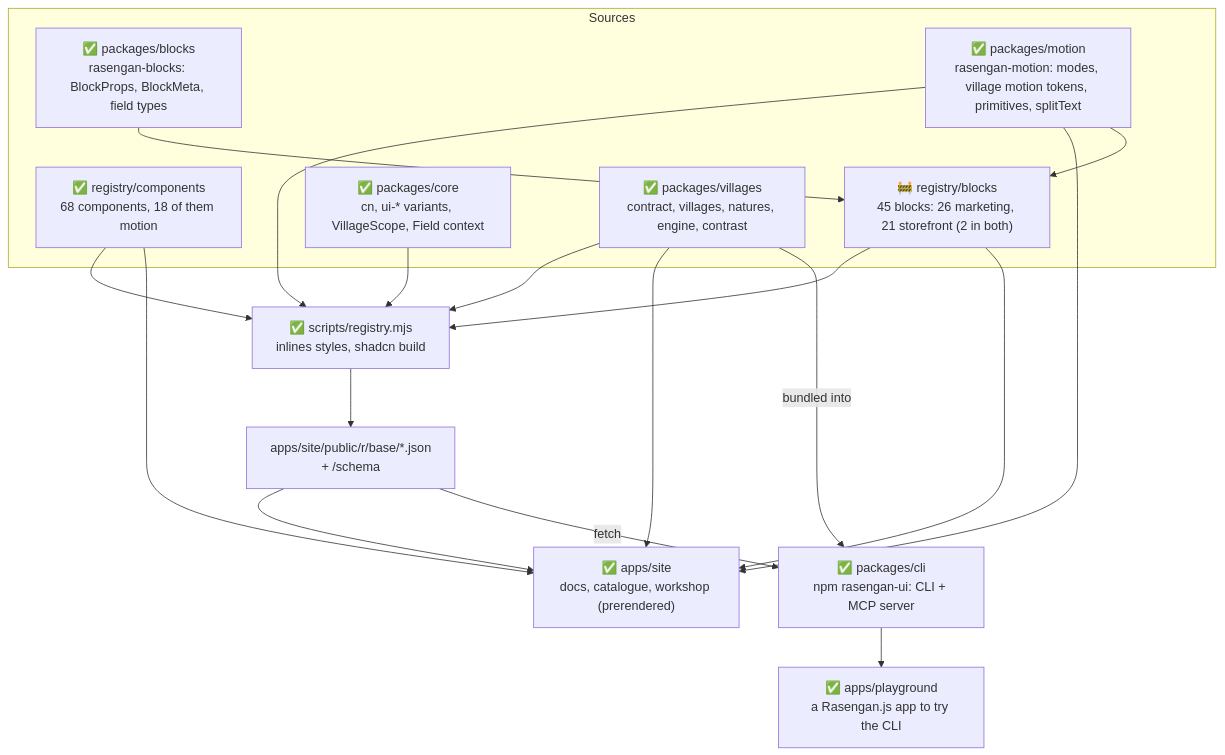
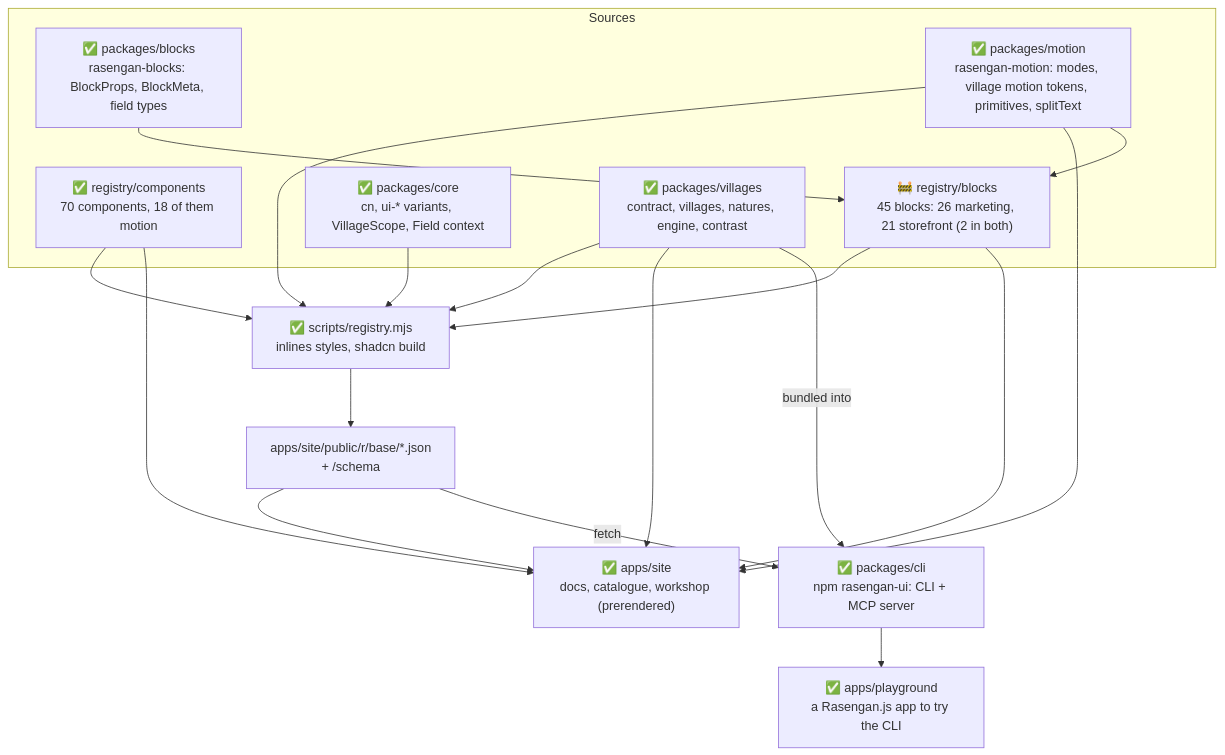
The second of 5 diagrams in docs/architecture.md (rasengan-dev/rasengan-ui), drawn with Mermaid before and after one commit. The commit also changed other lines of this file and 23 other files, not shown here.

````diff
--- a/docs/architecture.md
+++ b/docs/architecture.md
@@ -41,34 +41,34 @@
 ```mermaid
 flowchart TB
   subgraph source[Sources]
-    comps["✅ registry/components<br/>68 components, 18 of them motion"]
+    comps["✅ registry/components<br/>70 components, 18 of them motion"]
     blocks["🚧 registry/blocks<br/>45 blocks: 26 marketing, 21 storefront (2 in both)"]
     blockslib["✅ packages/blocks<br/>rasengan-blocks: BlockProps, BlockMeta, field types"]
     core["✅ packages/core<br/>cn, ui-* variants, VillageScope, Field context"]
     villages["✅ packages/villages<br/>contract, villages, natures, engine, contrast"]
     motion["✅ packages/motion<br/>rasengan-motion: modes, village motion tokens, primitives, splitText"]
   end
 
   build["✅ scripts/registry.mjs<br/>inlines styles, shadcn build"]
   public["apps/site/public/r/base/*.json<br/>+ /schema"]
   site["✅ apps/site<br/>docs, catalogue, workshop (prerendered)"]
   cli["✅ packages/cli<br/>npm rasengan-ui: CLI + MCP server"]
   play["✅ apps/playground<br/>a Rasengan.js app to try the CLI"]
 
   comps --> build
   core --> build
   villages --> build
   build --> public
   public --> site
   villages --> site
   comps --> site
   public -- fetch --> cli
   villages -- bundled into --> cli
   cli --> play
   motion --> build
   motion --> site
   motion --> blocks
   blockslib --> blocks
   blocks --> build
   blocks --> site
 ```
````
